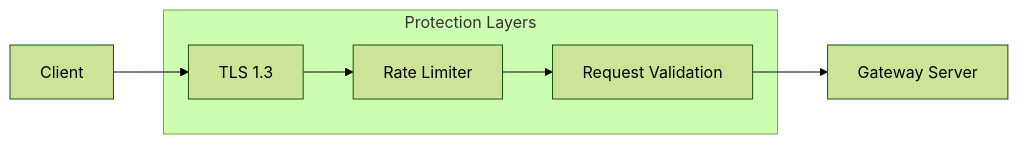
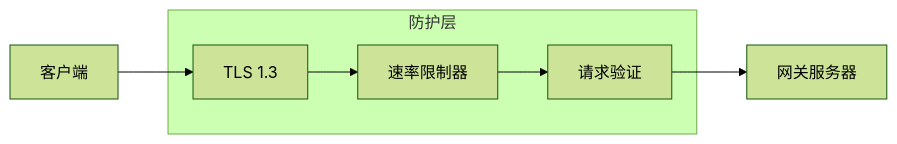
Before and after one commit to Elarwei001/research_openclaw: the fifth of 6 diagrams in src/content/docs/zh-cn/components/security-auth.md, drawn with Mermaid (forest theme). The commit also changed other lines of this file and 70 other files, not shown here.

````diff
--- a/src/content/docs/zh-cn/components/security-auth.md
+++ b/src/content/docs/zh-cn/components/security-auth.md
@@ -132,13 +132,13 @@
 ```mermaid
 flowchart LR
-    Client --> TLS["TLS 1.3"]
-    TLS --> Rate["Rate Limiter"]
-    Rate --> Validate["Request Validation"]
-    Validate --> Gateway["Gateway Server"]
+    Client["客户端"] --> TLS["TLS 1.3"]
+    TLS --> Rate["速率限制器"]
+    Rate --> Validate["请求验证"]
+    Validate --> Gateway["网关服务器"]
     
-    subgraph Protection["Protection Layers"]
+    subgraph Protection["防护层"]
         TLS
         Rate
         Validate
     end
 ```
````
